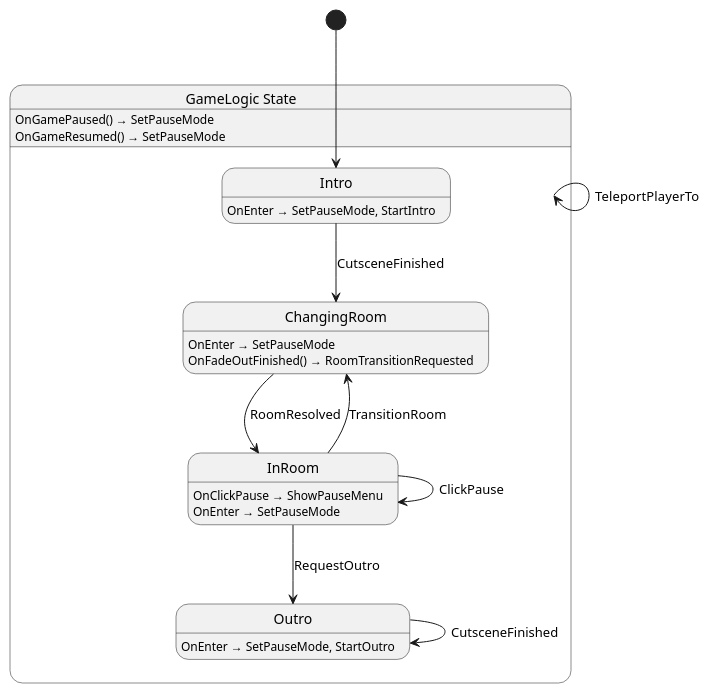
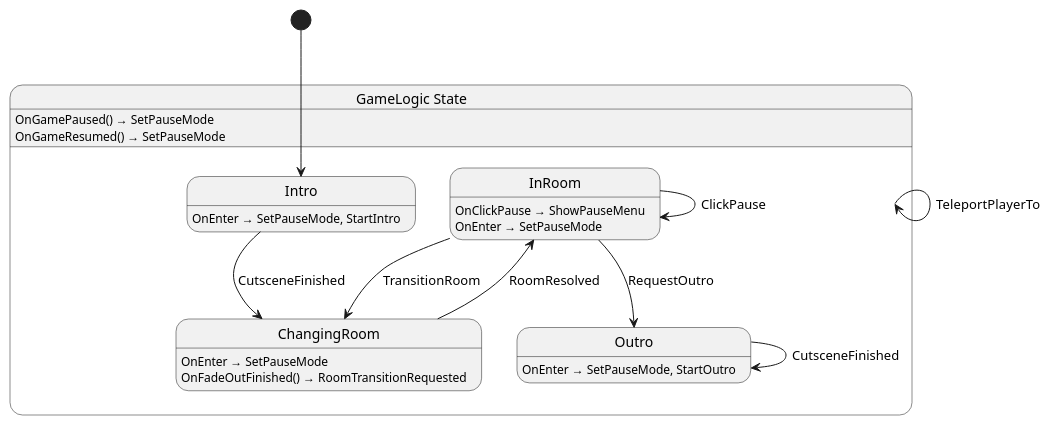
Before and after one commit to nilsiker/godot-wild-jam-77: the diagram in src/game/state/GameLogic.g.puml, drawn with PlantUML. The commit also changed other lines of this file and 27 other files, not shown here.

```diff
--- a/src/game/state/GameLogic.g.puml
+++ b/src/game/state/GameLogic.g.puml
@@ -1,27 +1,27 @@
 @startuml GameLogic
 state "GameLogic State" as Nevergreen_GameLogic_State {
+  state "Outro" as Nevergreen_GameLogic_State_Outro
+  state "InRoom" as Nevergreen_GameLogic_State_InRoom
   state "ChangingRoom" as Nevergreen_GameLogic_State_ChangingRoom
-  state "InRoom" as Nevergreen_GameLogic_State_InRoom
   state "Intro" as Nevergreen_GameLogic_State_Intro
-  state "Outro" as Nevergreen_GameLogic_State_Outro
 }
 
 Nevergreen_GameLogic_State --> Nevergreen_GameLogic_State : TeleportPlayerTo
 Nevergreen_GameLogic_State_ChangingRoom --> Nevergreen_GameLogic_State_InRoom : RoomResolved
 Nevergreen_GameLogic_State_InRoom --> Nevergreen_GameLogic_State_ChangingRoom : TransitionRoom
 Nevergreen_GameLogic_State_InRoom --> Nevergreen_GameLogic_State_InRoom : ClickPause
 Nevergreen_GameLogic_State_InRoom --> Nevergreen_GameLogic_State_Outro : RequestOutro
 Nevergreen_GameLogic_State_Intro --> Nevergreen_GameLogic_State_ChangingRoom : CutsceneFinished
 Nevergreen_GameLogic_State_Outro --> Nevergreen_GameLogic_State_Outro : CutsceneFinished
 
 Nevergreen_GameLogic_State : OnGamePaused() → SetPauseMode
 Nevergreen_GameLogic_State : OnGameResumed() → SetPauseMode
 Nevergreen_GameLogic_State_ChangingRoom : OnEnter → SetPauseMode
 Nevergreen_GameLogic_State_ChangingRoom : OnFadeOutFinished() → RoomTransitionRequested
 Nevergreen_GameLogic_State_InRoom : OnClickPause → ShowPauseMenu
 Nevergreen_GameLogic_State_InRoom : OnEnter → SetPauseMode
 Nevergreen_GameLogic_State_Intro : OnEnter → SetPauseMode, StartIntro
 Nevergreen_GameLogic_State_Outro : OnEnter → SetPauseMode, StartOutro
 
 [*] --> Nevergreen_GameLogic_State_Intro
 @enduml
```
